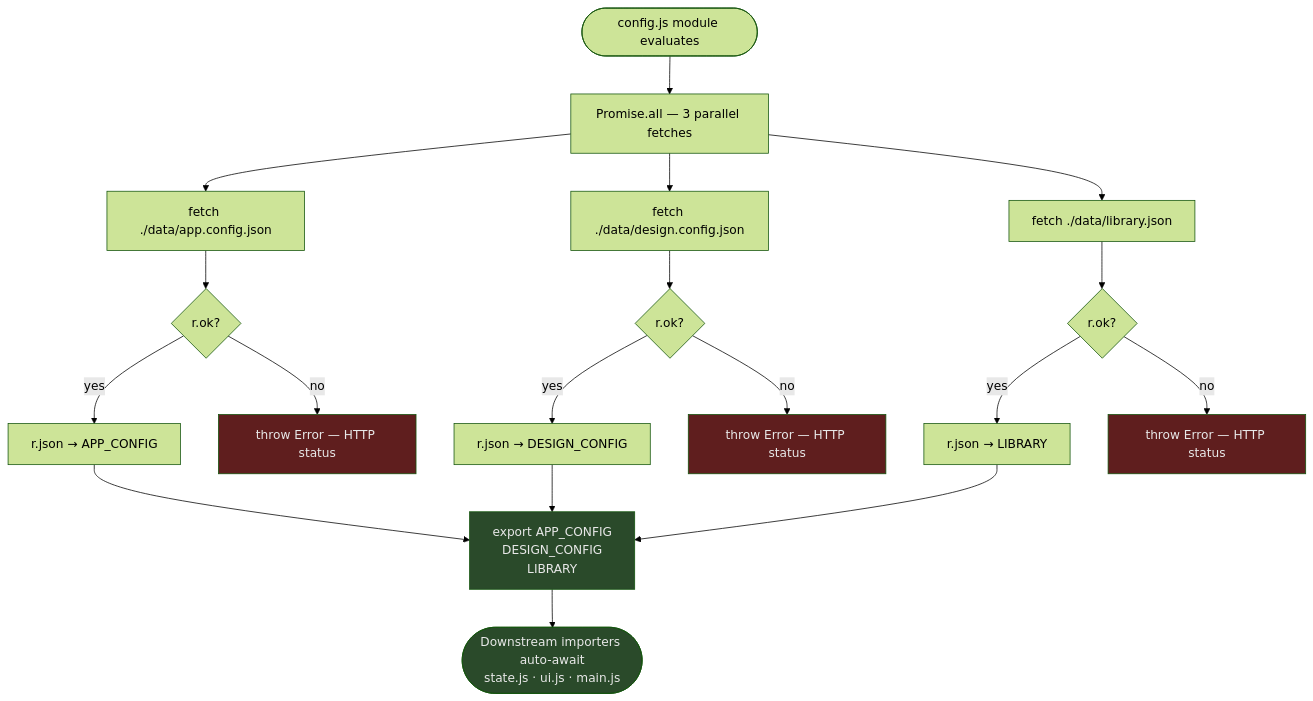
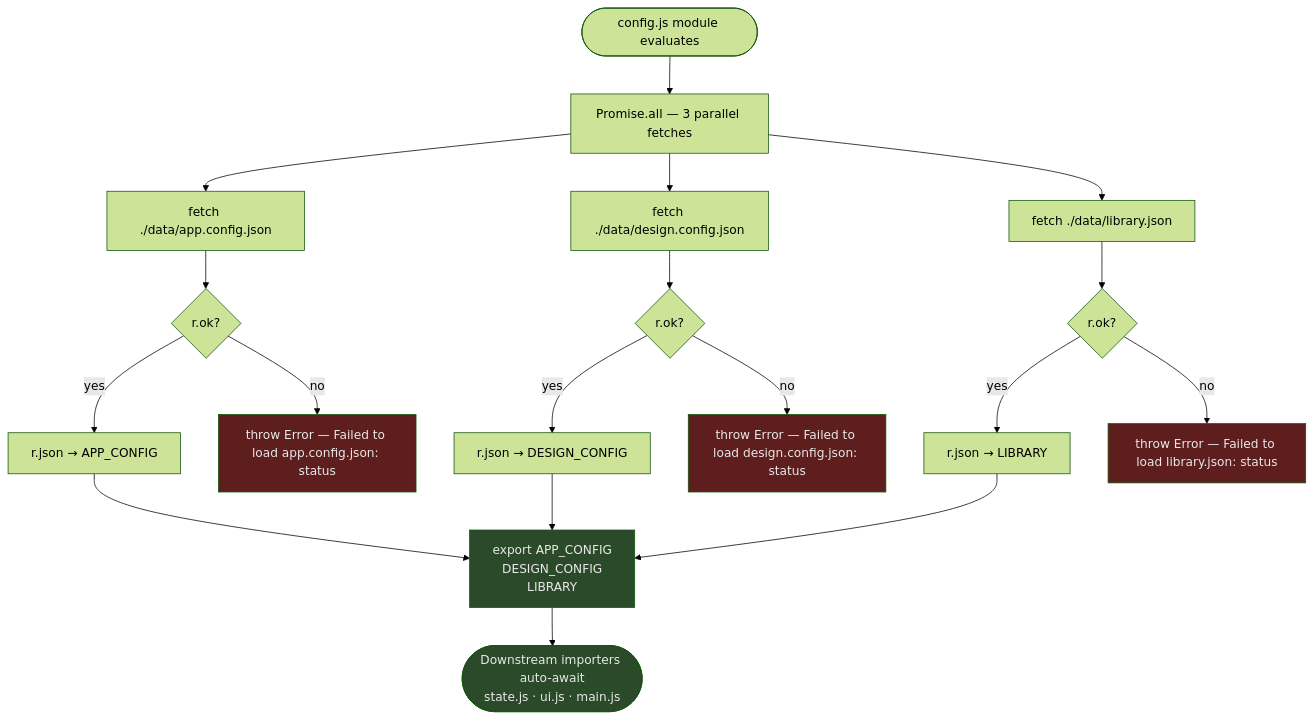
One commit to closetgeekshow/scheme-mixer changed the second of 18 diagrams in docs/DIAGRAMS.md. Above: the diagram before and after it, drawn with Mermaid (forest theme). The commit also changed other lines of this file, not shown here.

Commit message:
diagrams fixed

````diff
--- a/docs/DIAGRAMS.md
+++ b/docs/DIAGRAMS.md
@@ -39,24 +43,24 @@
 ```mermaid
 flowchart TD
     A(["config.js module evaluates"]) --> B["Promise.all — 3 parallel fetches"]
     B --> C["fetch ./data/app.config.json"]
     B --> D["fetch ./data/design.config.json"]
     B --> E["fetch ./data/library.json"]
     C --> F{"r.ok?"}
     D --> G{"r.ok?"}
     E --> H{"r.ok?"}
     F -->|"yes"| I["r.json → APP_CONFIG"]
-    F -->|"no"| J["throw Error — HTTP status"]
+    F -->|"no"| J["throw Error — Failed to load app.config.json: status"]
     G -->|"yes"| K["r.json → DESIGN_CONFIG"]
-    G -->|"no"| L["throw Error — HTTP status"]
+    G -->|"no"| L["throw Error — Failed to load design.config.json: status"]
     H -->|"yes"| M["r.json → LIBRARY"]
-    H -->|"no"| N["throw Error — HTTP status"]
+    H -->|"no"| N["throw Error — Failed to load library.json: status"]
     I & K & M --> O["export APP_CONFIG<br/>DESIGN_CONFIG<br/>LIBRARY"]
     O --> P(["Downstream importers auto-await<br/>state.js · ui.js · main.js"])
 
     style J fill:#5f1e1e,color:#e8e8e8
     style L fill:#5f1e1e,color:#e8e8e8
     style N fill:#5f1e1e,color:#e8e8e8
     style O fill:#2a4a2a,color:#e8e8e8
     style P fill:#2a4a2a,color:#e8e8e8
 ```
````
